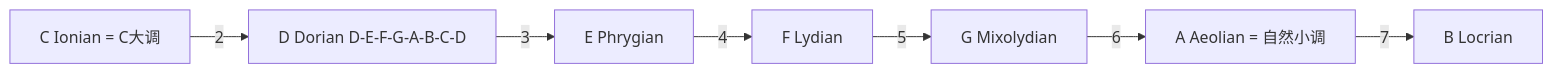
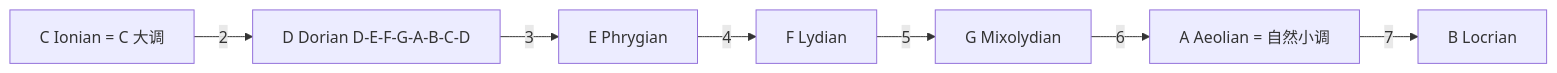
The second of 2 diagrams in 06_ArtsAndCreativity/Music/Scale.md (Tianshang301/TianshangKnowledgeBase), drawn with Mermaid before and after one commit. The commit also changed other lines of this file and 2257 other files, not shown here.

````diff
--- a/06_ArtsAndCreativity/Music/Scale.md
+++ b/06_ArtsAndCreativity/Music/Scale.md
@@ -96,9 +98,9 @@
 ```mermaid
 flowchart LR
-    ION[C Ionian = C大调] --> |2| DOR[D Dorian D-E-F-G-A-B-C-D]
+    ION[C Ionian = C 大调] --> |2| DOR[D Dorian D-E-F-G-A-B-C-D]
     DOR --> |3| PHR[E Phrygian]
     PHR --> |4| LYD[F Lydian]
     LYD --> |5| MIX[G Mixolydian]
     MIX --> |6| AEO[A Aeolian = 自然小调]
     AEO --> |7| LOC[B Locrian]
 ```
````
